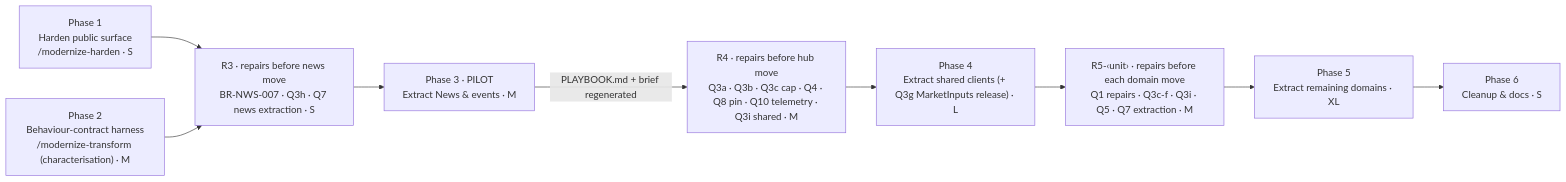
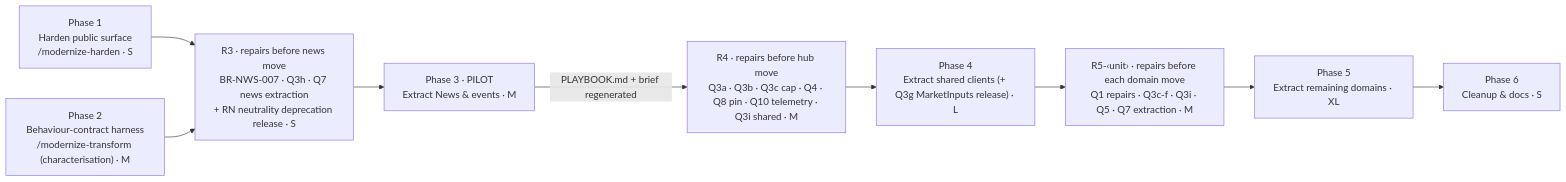
Before and after one commit to carnat/yahoo-finance-mcp: the second of 2 diagrams in analysis/yahoo-finance-mcp/MODERNIZATION_BRIEF.md, drawn with Mermaid. The commit also changed other lines of this file, not shown here.

First line of the commit message:
Brief: universal information outlet (Q14) — neutral fields via deprecation, Doctrine no longer gates

````diff
--- a/analysis/yahoo-finance-mcp/MODERNIZATION_BRIEF.md
+++ b/analysis/yahoo-finance-mcp/MODERNIZATION_BRIEF.md
@@ -149,20 +159,20 @@
 ```mermaid
 flowchart LR
   P1["Phase 1<br/>Harden public surface<br/>/modernize-harden · S"]
   P2["Phase 2<br/>Behaviour-contract harness<br/>/modernize-transform (characterisation) · M"]
-  R3["R3 · repairs before news move<br/>BR-NWS-007 · Q3h · Q7 news extraction · S"]
+  R3["R3 · repairs before news move<br/>BR-NWS-007 · Q3h · Q7 news extraction<br/>+ RN neutrality deprecation release · S"]
   P3["Phase 3 · PILOT<br/>Extract News & events · M"]
   R4["R4 · repairs before hub move<br/>Q3a · Q3b · Q3c cap · Q4 · Q8 pin · Q10 telemetry · Q3i shared · M"]
   P4["Phase 4<br/>Extract shared clients (+ Q3g MarketInputs release) · L"]
   R5["R5-‹unit› · repairs before each domain move<br/>Q1 repairs · Q3c-f · Q3i · Q5 · Q7 extraction · M"]
   P5["Phase 5<br/>Extract remaining domains · XL"]
   P6["Phase 6<br/>Cleanup & docs · S"]
   P1 --> R3
   P2 --> R3
   R3 --> P3
   P3 -->|"PLAYBOOK.md + brief regenerated"| R4
   R4 --> P4
   P4 --> R5
   R5 --> P5
   P5 --> P6
 ```
````
